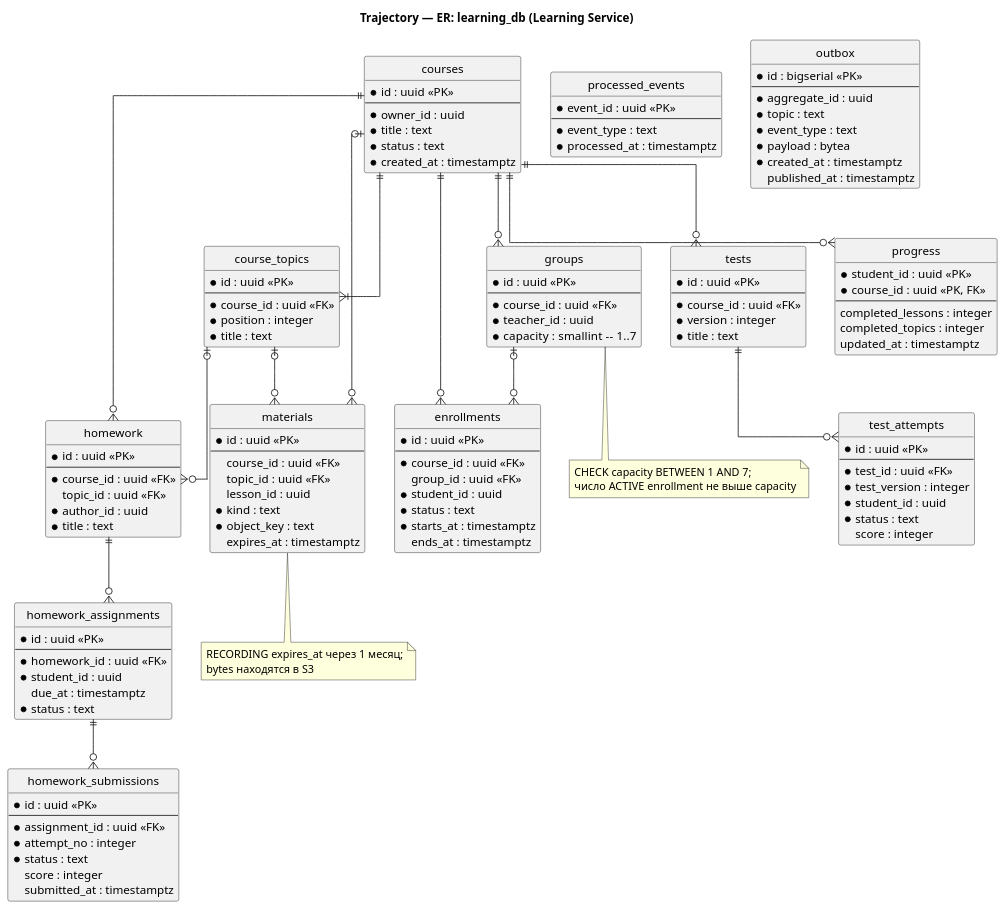
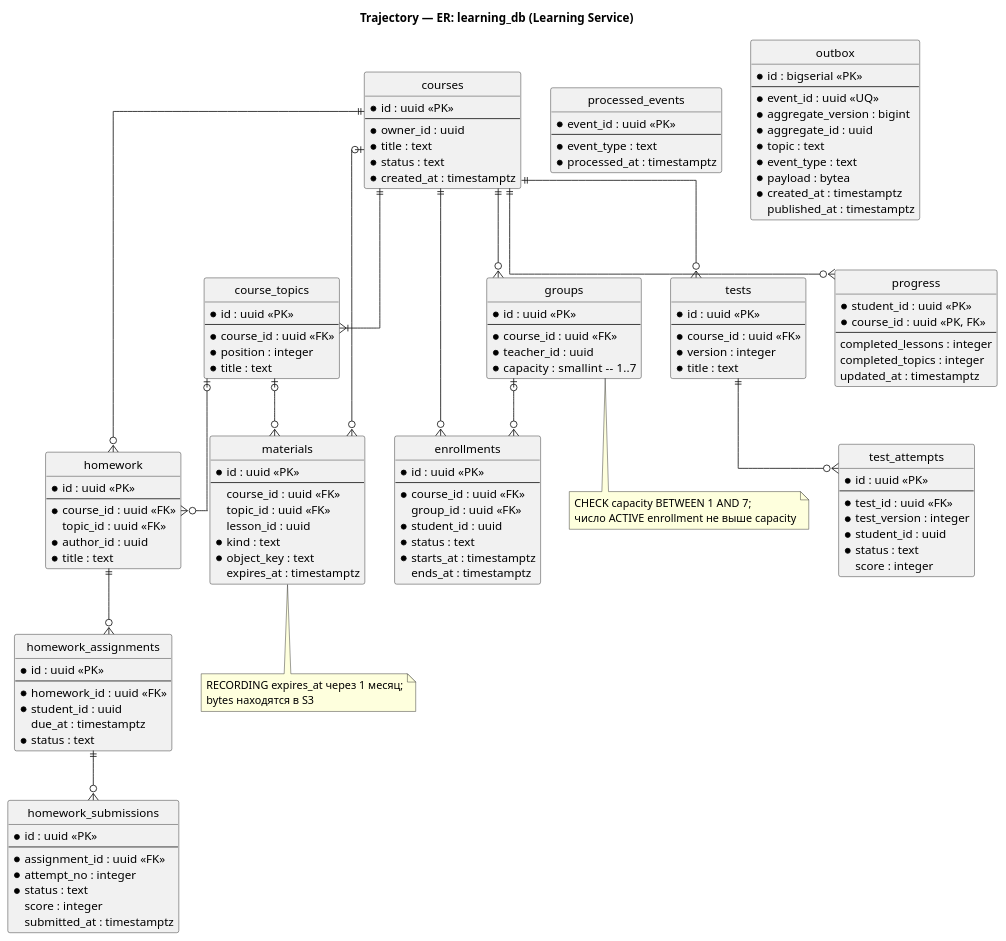
The diagram in Системный анализ/diagrams/db/learning-db.puml (trajectory-platform/architeture), drawn with PlantUML before and after one commit. The commit also changed 65 other files, not shown here.

```diff
--- a/Системный анализ/diagrams/db/learning-db.puml
+++ b/Системный анализ/diagrams/db/learning-db.puml
@@ -1,150 +1,152 @@
 @startuml learning-db
 title Trajectory — ER: learning_db (Learning Service)
 
 hide circle
 skinparam linetype ortho
 
 entity "courses" as courses {
   * id : uuid <<PK>>
   --
   * owner_id : uuid
   * title : text
   * status : text
   * created_at : timestamptz
 }
 
 entity "course_topics" as topics {
   * id : uuid <<PK>>
   --
   * course_id : uuid <<FK>>
   * position : integer
   * title : text
 }
 
 entity "groups" as groups {
   * id : uuid <<PK>>
   --
   * course_id : uuid <<FK>>
   * teacher_id : uuid
   * capacity : smallint  -- 1..7
 }
 
 entity "enrollments" as enrollments {
   * id : uuid <<PK>>
   --
   * course_id : uuid <<FK>>
   group_id : uuid <<FK>>
   * student_id : uuid
   * status : text
   * starts_at : timestamptz
   ends_at : timestamptz
 }
 
 entity "homework" as homework {
   * id : uuid <<PK>>
   --
   * course_id : uuid <<FK>>
   topic_id : uuid <<FK>>
   * author_id : uuid
   * title : text
 }
 
 entity "homework_assignments" as assignments {
   * id : uuid <<PK>>
   --
   * homework_id : uuid <<FK>>
   * student_id : uuid
   due_at : timestamptz
   * status : text
 }
 
 entity "homework_submissions" as submissions {
   * id : uuid <<PK>>
   --
   * assignment_id : uuid <<FK>>
   * attempt_no : integer
   * status : text
   score : integer
   submitted_at : timestamptz
 }
 
 entity "tests" as tests {
   * id : uuid <<PK>>
   --
   * course_id : uuid <<FK>>
   * version : integer
   * title : text
 }
 
 entity "test_attempts" as attempts {
   * id : uuid <<PK>>
   --
   * test_id : uuid <<FK>>
   * test_version : integer
   * student_id : uuid
   * status : text
   score : integer
 }
 
 entity "materials" as materials {
   * id : uuid <<PK>>
   --
   course_id : uuid <<FK>>
   topic_id : uuid <<FK>>
   lesson_id : uuid
   * kind : text
   * object_key : text
   expires_at : timestamptz
 }
 
 entity "progress" as progress {
   * student_id : uuid <<PK>>
   * course_id : uuid <<PK, FK>>
   --
   completed_lessons : integer
   completed_topics : integer
   updated_at : timestamptz
 }
 
 entity "processed_events" as processed {
   * event_id : uuid <<PK>>
   --
   * event_type : text
   * processed_at : timestamptz
 }
 
 entity "outbox" as outbox {
   * id : bigserial <<PK>>
   --
+  * event_id : uuid <<UQ>>
+  * aggregate_version : bigint
   * aggregate_id : uuid
   * topic : text
   * event_type : text
   * payload : bytea
   * created_at : timestamptz
   published_at : timestamptz
 }
 
 courses ||--|{ topics
 courses ||--o{ groups
 courses ||--o{ enrollments
 groups |o--o{ enrollments
 courses ||--o{ homework
 topics |o--o{ homework
 homework ||--o{ assignments
 assignments ||--o{ submissions
 courses ||--o{ tests
 tests ||--o{ attempts
 courses |o--o{ materials
 topics |o--o{ materials
 courses ||--o{ progress
 
 note bottom of groups
   CHECK capacity BETWEEN 1 AND 7;
   число ACTIVE enrollment не выше capacity
 end note
 
 note bottom of materials
   RECORDING expires_at через 1 месяц;
   bytes находятся в S3
 end note
 @enduml
```
